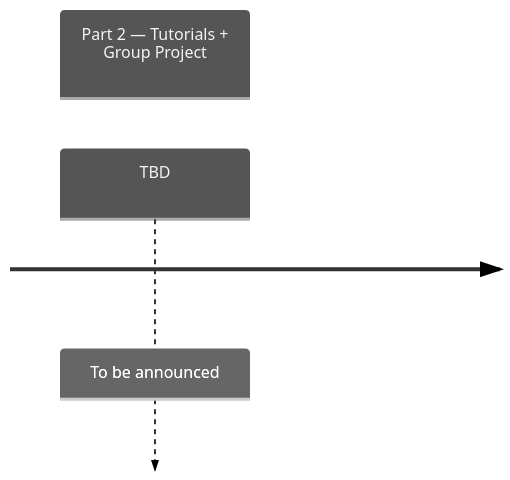
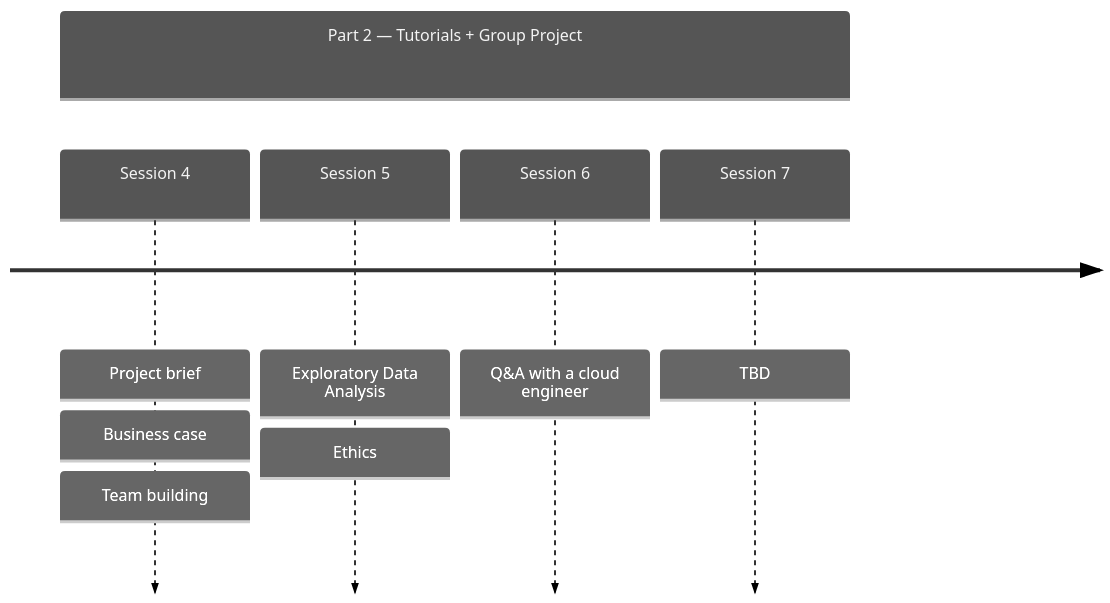
One commit to David-GERARD/iot-button-system changed the second of 2 diagrams in docs/home/index.md. Above: the diagram before and after it, drawn with Mermaid (neutral theme). The commit also changed other lines of this file, not shown here.

First line of the commit message:
docs: flesh out Part 2 of the course structure timeline

````diff
--- a/docs/home/index.md
+++ b/docs/home/index.md
@@ -32,5 +32,8 @@
 ```mermaid
 timeline
     section Part 2 — Tutorials + Group Project
-        TBD : To be announced
+        Session 4 : Project brief : Business case : Team building
+        Session 5 : Exploratory Data Analysis : Ethics
+        Session 6 : Q&A with a cloud engineer
+        Session 7 : TBD
 ```
````
